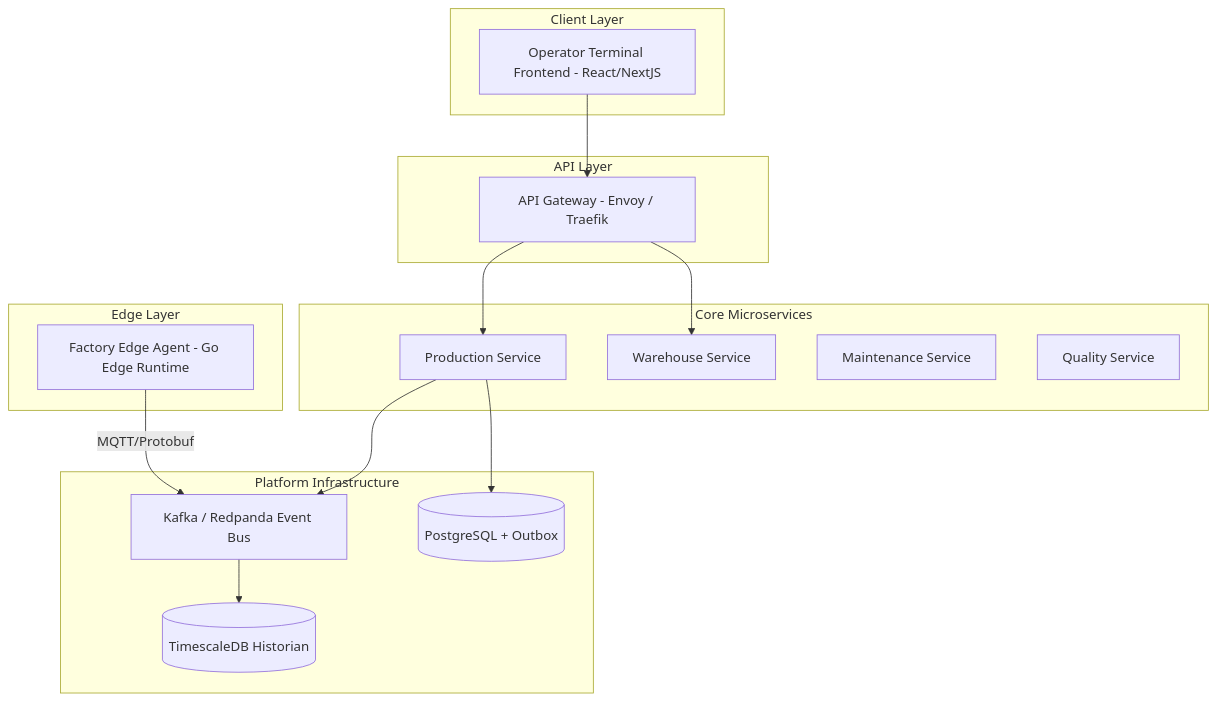
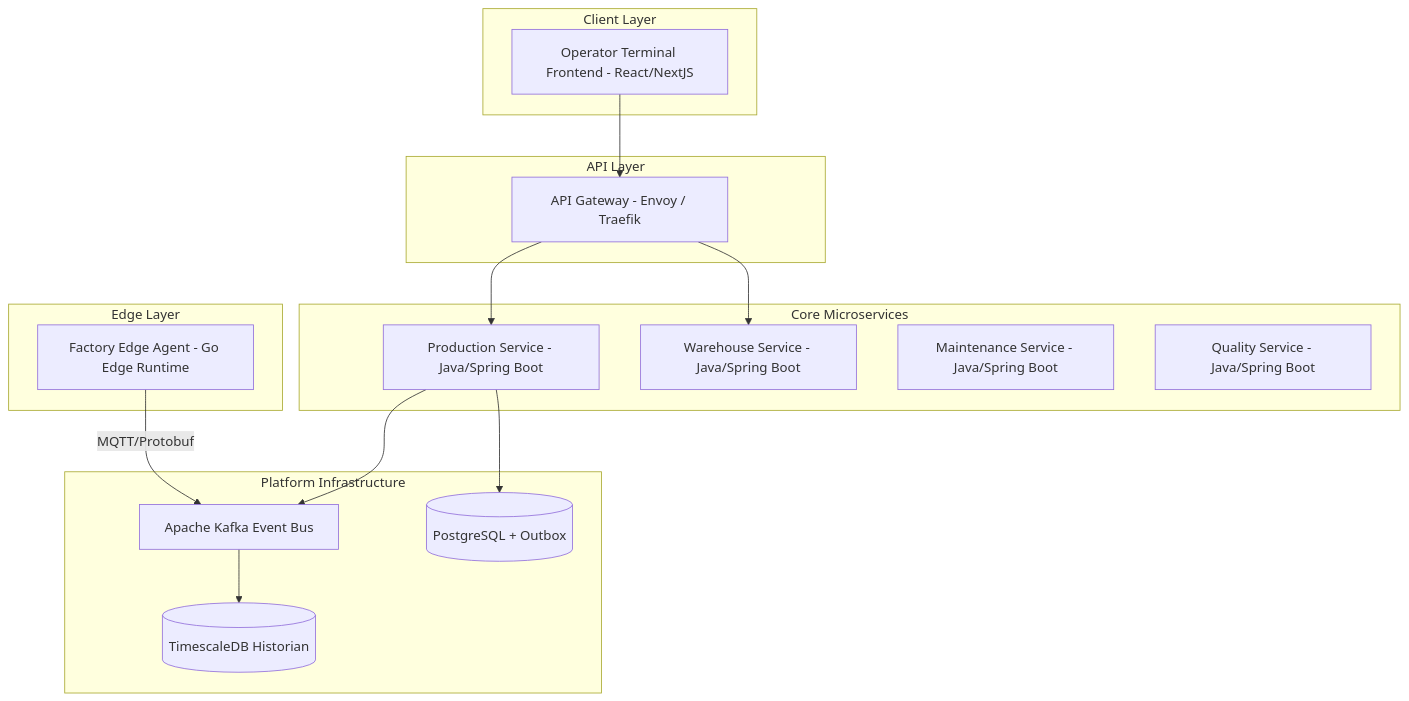
One commit to iamraydoan/factoryos changed the diagram in docs/04-architecture/C4-Container.md. Above: the diagram before and after it, drawn with Mermaid. The commit also changed 2 other files, not shown here.

Commit message:
docs: finalize system architecture with Java, Go, Kafka, Temporal, and Zitadel

````diff
--- a/docs/04-architecture/C4-Container.md
+++ b/docs/04-architecture/C4-Container.md
@@ -5,35 +5,35 @@
 ```mermaid
 graph TB
     subgraph Client Layer
         WebUI[Operator Terminal Frontend - React/NextJS]
     end
 
     subgraph API Layer
         Gateway[API Gateway - Envoy / Traefik]
     end
 
     subgraph Core Microservices
-        ProdSvc[Production Service]
-        WhSvc[Warehouse Service]
-        MaintSvc[Maintenance Service]
-        QualSvc[Quality Service]
+        ProdSvc[Production Service - Java/Spring Boot]
+        WhSvc[Warehouse Service - Java/Spring Boot]
+        MaintSvc[Maintenance Service - Java/Spring Boot]
+        QualSvc[Quality Service - Java/Spring Boot]
     end
 
     subgraph Platform Infrastructure
-        EventBus[Kafka / Redpanda Event Bus]
+        EventBus[Apache Kafka Event Bus]
         DB[(PostgreSQL + Outbox)]
         TSDB[(TimescaleDB Historian)]
     end
 
     subgraph Edge Layer
         EdgeAgent[Factory Edge Agent - Go Edge Runtime]
     end
 
     WebUI --> Gateway
     Gateway --> ProdSvc
     Gateway --> WhSvc
     EdgeAgent -->|MQTT/Protobuf| EventBus
     ProdSvc --> DB
     ProdSvc --> EventBus
     EventBus --> TSDB
 ```
````
